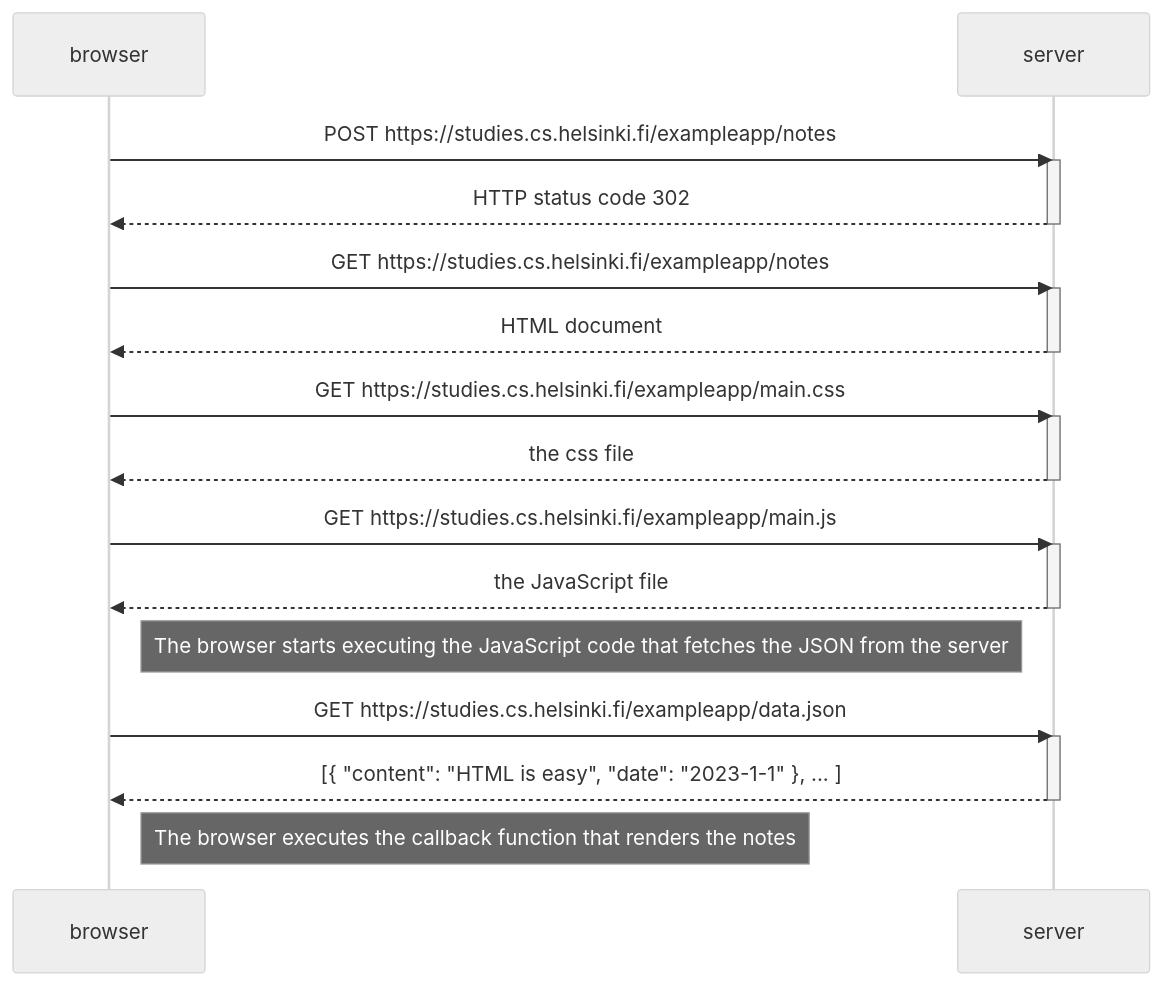
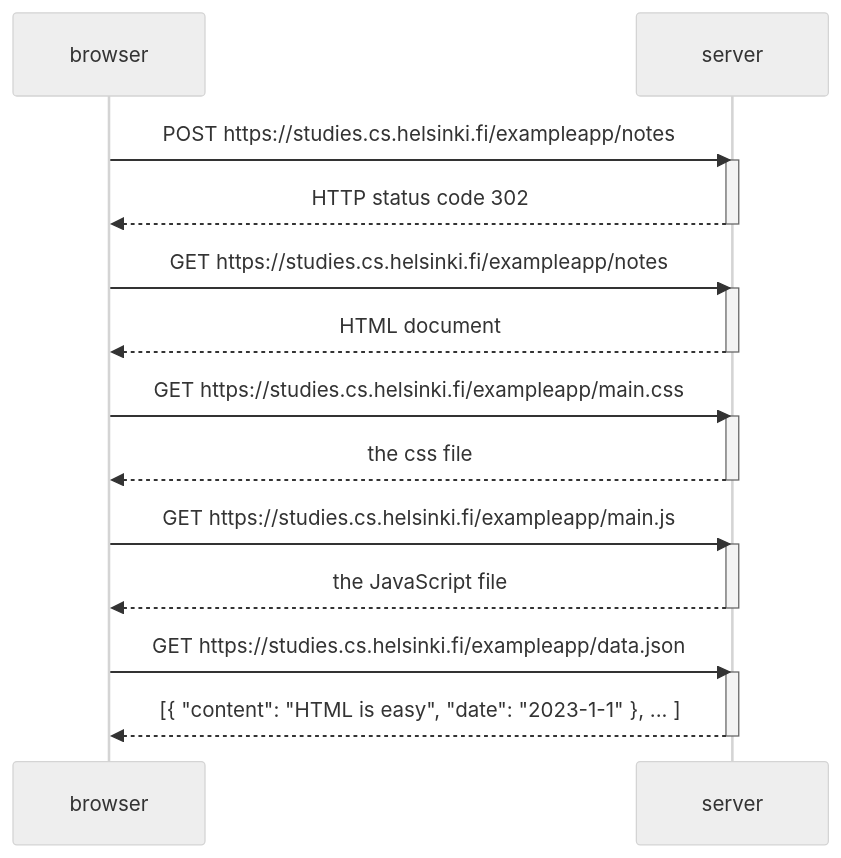
One commit to Lecholus/Cwiczenia changed the diagram in Folder/04ex.md. Above: the diagram before and after it, drawn with Mermaid (neutral theme).

````diff
--- a/Folder/04ex.md
+++ b/Folder/04ex.md
@@ -1,34 +1,31 @@
 ```mermaid
 sequenceDiagram
     participant browser
     participant server
 
     browser->>server: POST https://studies.cs.helsinki.fi/exampleapp/notes
     activate server
     server-->>browser: HTTP status code 302
     deactivate server
     
     browser->>server: GET https://studies.cs.helsinki.fi/exampleapp/notes
     activate server
     server-->>browser: HTML document
     deactivate server
 
     browser->>server: GET https://studies.cs.helsinki.fi/exampleapp/main.css
     activate server
     server-->>browser: the css file
     deactivate server
 
     browser->>server: GET https://studies.cs.helsinki.fi/exampleapp/main.js
     activate server
     server-->>browser: the JavaScript file
     deactivate server
 
-    Note right of browser: The browser starts executing the JavaScript code that fetches the JSON from the server
-
     browser->>server: GET https://studies.cs.helsinki.fi/exampleapp/data.json
     activate server
     server-->>browser: [{ "content": "HTML is easy", "date": "2023-1-1" }, ... ]
     deactivate server
 
-    Note right of browser: The browser executes the callback function that renders the notes
 ```
````
